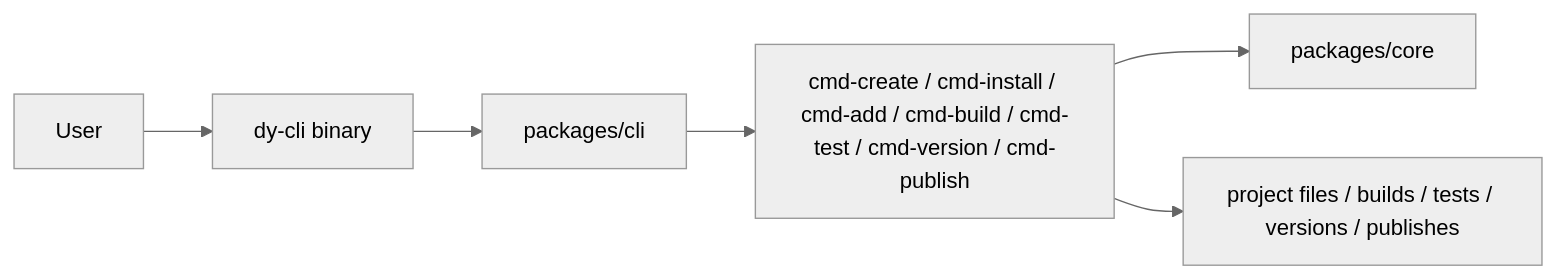
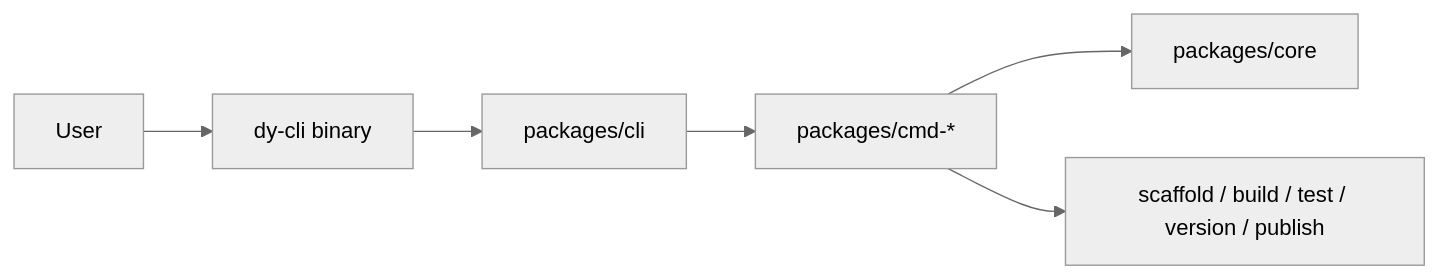
Before and after one commit to dysonjs/cli: the diagram in README.md, drawn with Mermaid (neutral theme). The commit also changed other lines of this file and 46 other files, not shown here.

````diff
--- a/README.md
+++ b/README.md
@@ -5,8 +291,8 @@
 ```mermaid
 flowchart LR
   user["User"] --> binary["dy-cli binary"]
   binary --> cli["packages/cli"]
-  cli --> commands["cmd-create / cmd-install / cmd-add / cmd-build / cmd-test / cmd-version / cmd-publish"]
+  cli --> commands["packages/cmd-*"]
   commands --> core["packages/core"]
-  commands --> outputs["project files / builds / tests / versions / publishes"]
+  commands --> outputs["scaffold / build / test / version / publish"]
 ```
````
